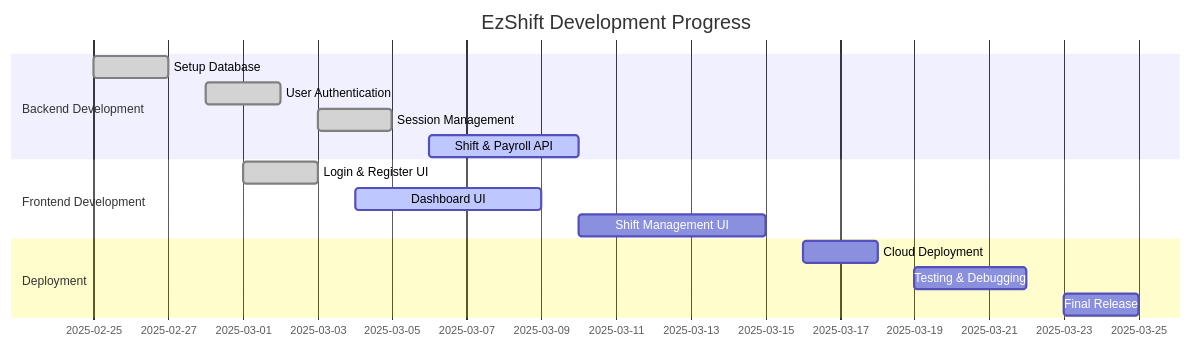
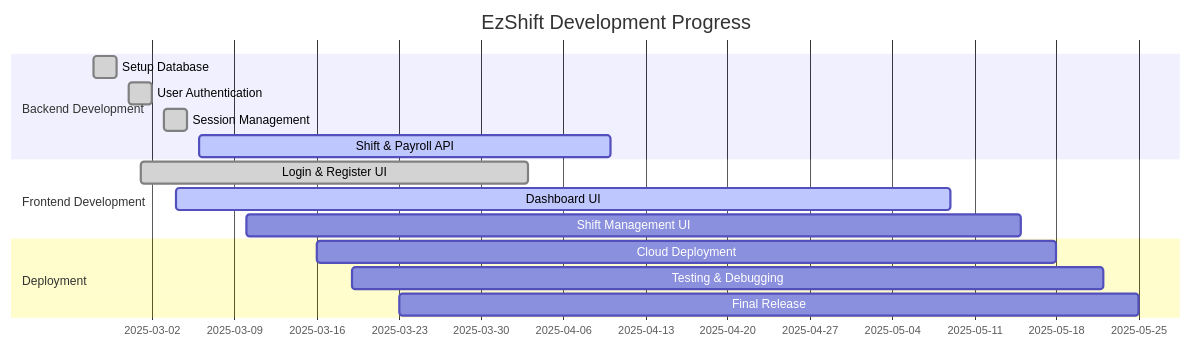
Before and after one commit to ZingZing001/EzShift: the diagram in README.md, drawn with Mermaid.

````diff
--- a/README.md
+++ b/README.md
@@ -41,18 +41,18 @@
 ```mermaid
 gantt
 title EzShift Development Progress
 dateFormat  YYYY-MM-DD
 section Backend Development
 Setup Database :done, des1, 2025-02-25, 2025-02-27
 User Authentication :done, des2, 2025-02-28, 2025-03-02
 Session Management :done, des3, 2025-03-03, 2025-03-05
-Shift & Payroll API :active, des4, 2025-03-06, 2025-03-10
+Shift & Payroll API :active, des4, 2025-03-06, 2025-04-10
 section Frontend Development
-Login & Register UI :done, des5, 2025-03-01, 2025-03-03
-Dashboard UI :active, des6, 2025-03-04, 2025-03-09
-Shift Management UI : des7, 2025-03-10, 2025-03-15
+Login & Register UI :done, des5, 2025-03-01, 2025-04-03
+Dashboard UI :active, des6, 2025-03-04, 2025-05-09
+Shift Management UI : des7, 2025-03-10, 2025-05-15
 section Deployment
-Cloud Deployment : des8, 2025-03-16, 2025-03-18
-Testing & Debugging : des9, 2025-03-19, 2025-03-22
-Final Release : des10, 2025-03-23, 2025-03-25
+Cloud Deployment : des8, 2025-03-16, 2025-05-18
+Testing & Debugging : des9, 2025-03-19, 2025-05-22
+Final Release : des10, 2025-03-23, 2025-05-25
 ```
````
